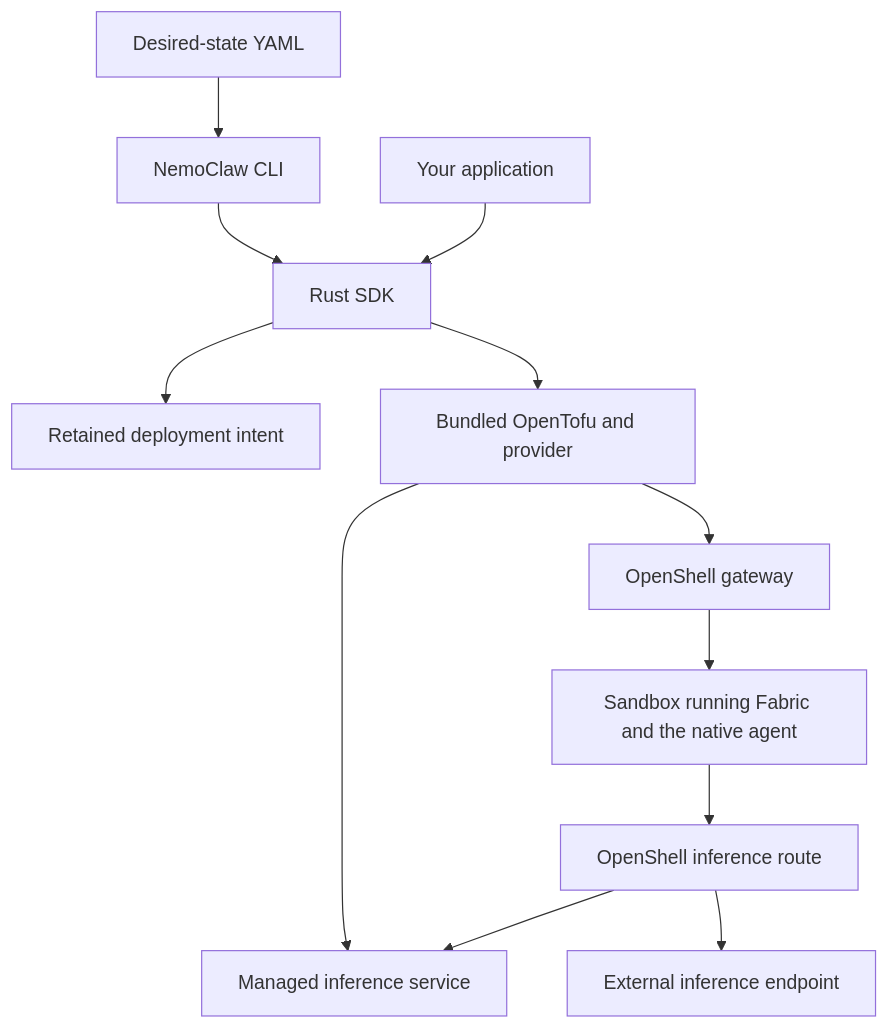
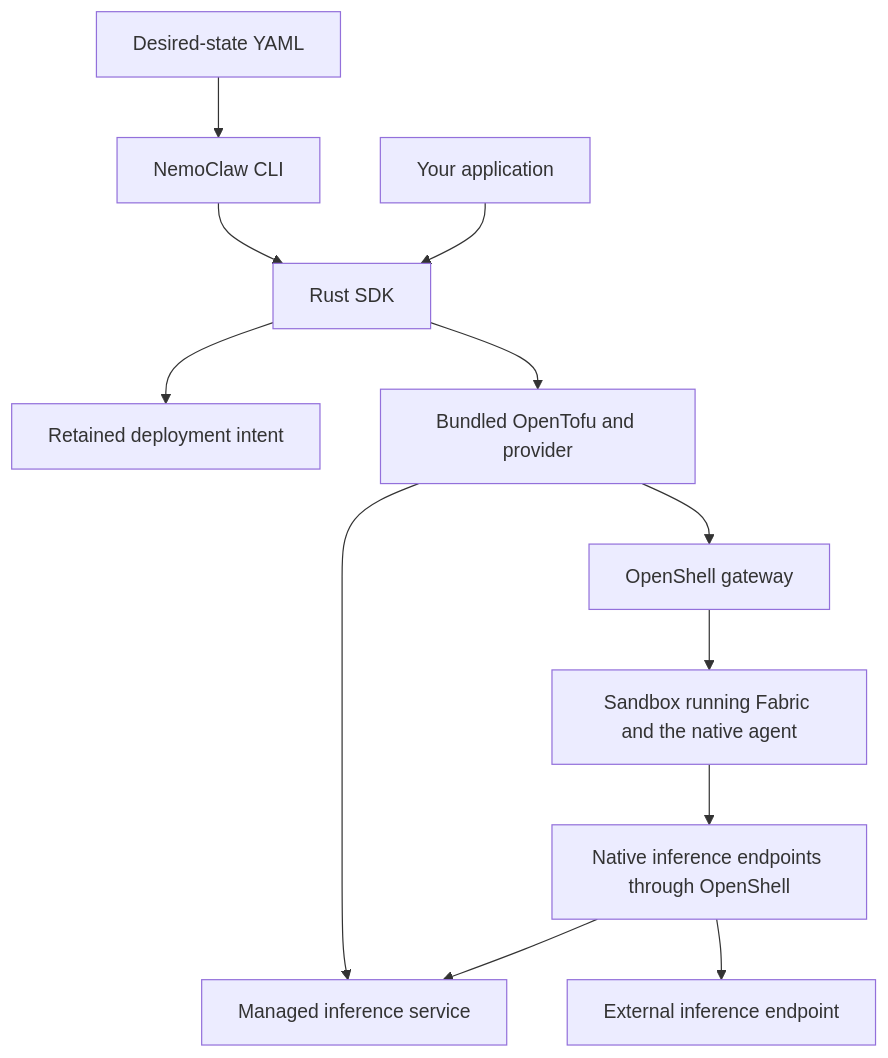
The diagram in docs/overview.md (NVIDIA/NemoClaw), drawn with Mermaid before and after one commit. The commit also changed other lines of this file and 5 other files, not shown here.

First line of the commit message:
docs: explain sandbox harness ownership and native provider limits

````diff
--- a/docs/overview.md
+++ b/docs/overview.md
@@ -29,14 +29,14 @@
 ```mermaid
 flowchart TD
     YAML[Desired-state YAML] --> CLI[NemoClaw CLI]
     CLI --> SDK[Rust SDK]
     App[Your application] --> SDK
     SDK --> State[Retained deployment intent]
     SDK --> Tofu[Bundled OpenTofu and provider]
     Tofu --> Gateway[OpenShell gateway]
     Tofu --> Service[Managed inference service]
     Gateway --> Sandbox[Sandbox running Fabric and the native agent]
-    Sandbox --> Route[OpenShell inference route]
+    Sandbox --> Route[Native inference endpoints through OpenShell]
     Route --> Service
     Route --> External[External inference endpoint]
 ```
````
